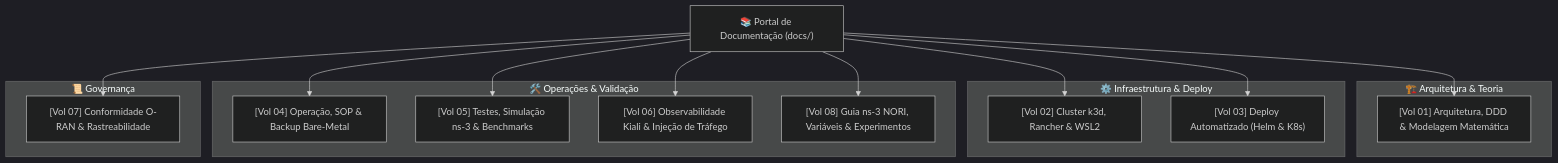
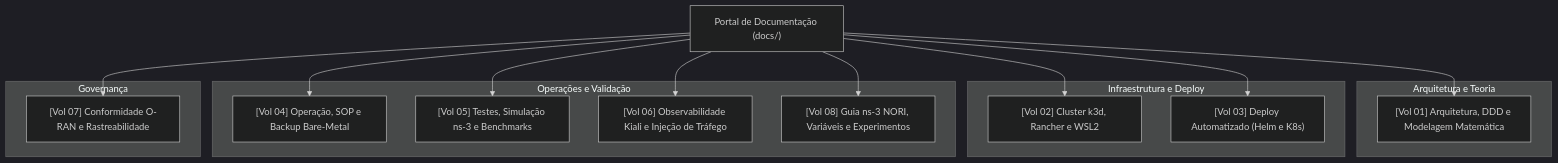
One commit to georgebarbosa3090/XApp-RDL-F1 changed the diagram in docs/README.md. Above: the diagram before and after it, drawn with Mermaid (dark theme). The commit also changed other lines of this file and 9 other files, not shown here.

````diff
--- a/docs/README.md
+++ b/docs/README.md
@@ -16,33 +16,33 @@
 ```mermaid
 graph TD
-    DOCS["📚 Portal de Documentação (docs/)"]
+    DOCS["Portal de Documentação (docs/)"]
     
-    subgraph Core["🏗️ Arquitetura & Teoria"]
-        V01["[Vol 01] Arquitetura, DDD & Modelagem Matemática"]
+    subgraph Core["Arquitetura e Teoria"]
+        V01["[Vol 01] Arquitetura, DDD e Modelagem Matemática"]
     end
 
-    subgraph InfraDeploy["⚙️ Infraestrutura & Deploy"]
-        V02["[Vol 02] Cluster k3d, Rancher & WSL2"]
-        V03["[Vol 03] Deploy Automatizado (Helm & K8s)"]
+    subgraph InfraDeploy["Infraestrutura e Deploy"]
+        V02["[Vol 02] Cluster k3d, Rancher e WSL2"]
+        V03["[Vol 03] Deploy Automatizado (Helm e K8s)"]
     end
 
-    subgraph OpsResilience["🛠️ Operações & Validação"]
-        V04["[Vol 04] Operação, SOP & Backup Bare-Metal"]
-        V05["[Vol 05] Testes, Simulação ns-3 & Benchmarks"]
-        V06["[Vol 06] Observabilidade Kiali & Injeção de Tráfego"]
-        V08["[Vol 08] Guia ns-3 NORI, Variáveis & Experimentos"]
+    subgraph OpsResilience["Operações e Validação"]
+        V04["[Vol 04] Operação, SOP e Backup Bare-Metal"]
+        V05["[Vol 05] Testes, Simulação ns-3 e Benchmarks"]
+        V06["[Vol 06] Observabilidade Kiali e Injeção de Tráfego"]
+        V08["[Vol 08] Guia ns-3 NORI, Variáveis e Experimentos"]
     end
 
-    subgraph Compliance["📜 Governança"]
-        V07["[Vol 07] Conformidade O-RAN & Rastreabilidade"]
+    subgraph Compliance["Governança"]
+        V07["[Vol 07] Conformidade O-RAN e Rastreabilidade"]
     end
 
     DOCS --> V01
     DOCS --> V02
     DOCS --> V03
     DOCS --> V04
     DOCS --> V05
     DOCS --> V06
     DOCS --> V07
     DOCS --> V08
 ```
````
